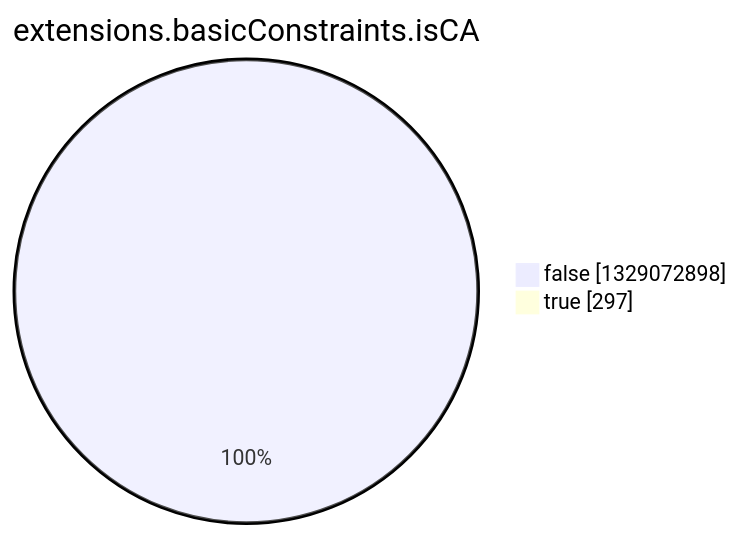
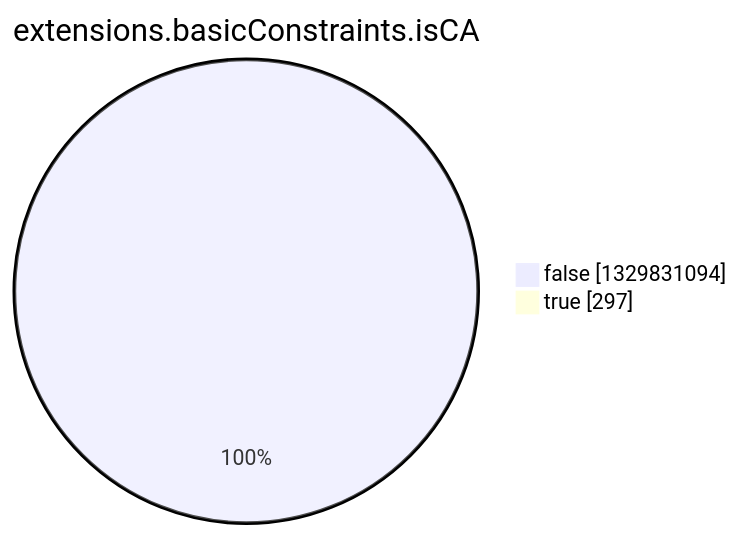
One commit to christiankrug/ctmonitor_visualization changed the eighth of 15 diagrams in argon2022/README.md. Above: the diagram before and after it, drawn with Mermaid. The commit also changed other lines of this file, not shown here.

````diff
--- a/argon2022/README.md
+++ b/argon2022/README.md
@@ -2758,6 +2758,6 @@
 ```mermaid
 pie showData
 title extensions.basicConstraints.isCA
-"false" :1329072898
+"false" :1329831094
 "true" :297
 ```
````
